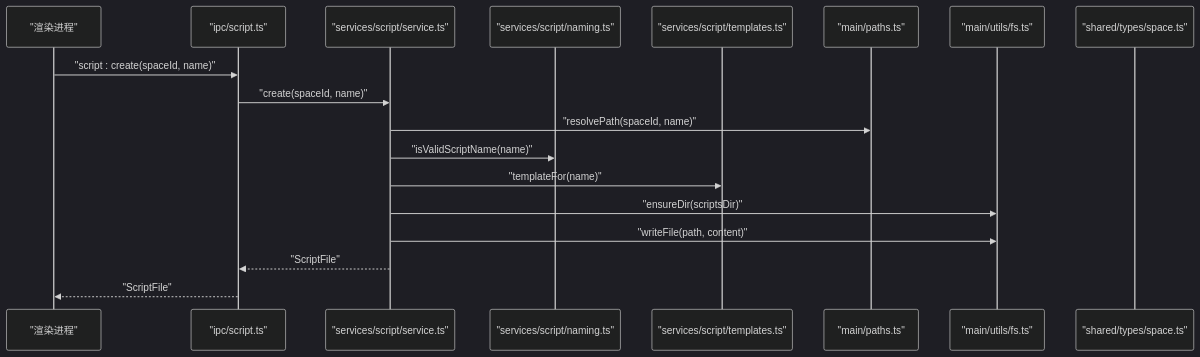
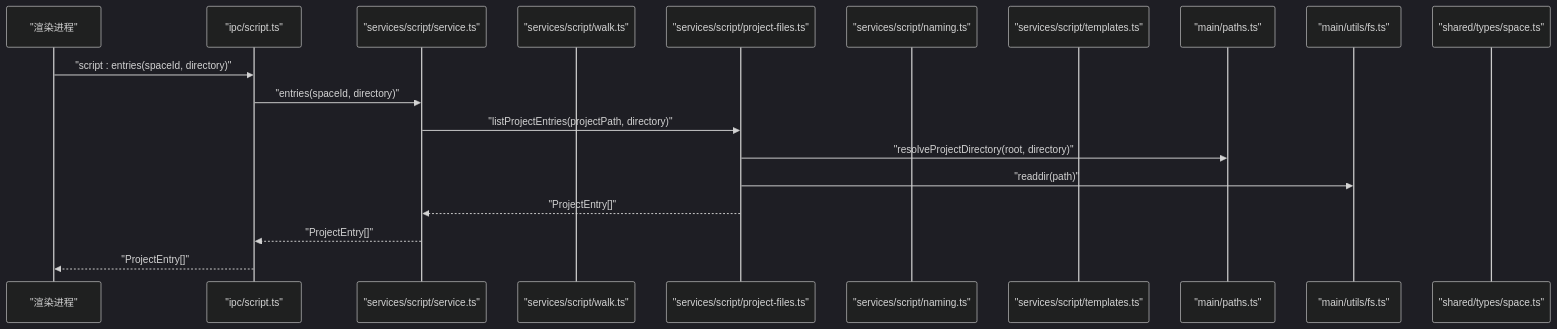
One commit to hozeeee/script-box changed the second of 10 diagrams in .qoder/repowiki/zh/content/核心服务层/Script 服务（脚本管理）.md. Above: the diagram before and after it, drawn with Mermaid (dark theme). The commit also changed other lines of this file and 76 other files, not shown here.

````diff
--- a/.qoder/repowiki/zh/content/核心服务层/Script 服务（脚本管理）.md
+++ b/.qoder/repowiki/zh/content/核心服务层/Script 服务（脚本管理）.md
@@ -92,20 +96,21 @@
 ```mermaid
 sequenceDiagram
 participant UI as "渲染进程"
 participant IPC as "ipc/script.ts"
 participant SVC as "services/script/service.ts"
+participant WALK as "services/script/walk.ts"
+participant PF as "services/script/project-files.ts"
 participant NAM as "services/script/naming.ts"
 participant TPL as "services/script/templates.ts"
 participant PATHS as "main/paths.ts"
 participant FS as "main/utils/fs.ts"
 participant META as "shared/types/space.ts"
-UI->>IPC : "script : create(spaceId, name)"
-IPC->>SVC : "create(spaceId, name)"
-SVC->>PATHS : "resolvePath(spaceId, name)"
-SVC->>NAM : "isValidScriptName(name)"
-SVC->>TPL : "templateFor(name)"
-SVC->>FS : "ensureDir(scriptsDir)"
-SVC->>FS : "writeFile(path, content)"
-SVC-->>IPC : "ScriptFile"
-IPC-->>UI : "ScriptFile"
+UI->>IPC : "script : entries(spaceId, directory)"
+IPC->>SVC : "entries(spaceId, directory)"
+SVC->>PF : "listProjectEntries(projectPath, directory)"
+PF->>PATHS : "resolveProjectDirectory(root, directory)"
+PF->>FS : "readdir(path)"
+PF-->>SVC : "ProjectEntry[]"
+SVC-->>IPC : "ProjectEntry[]"
+IPC-->>UI : "ProjectEntry[]"
 ```
````
